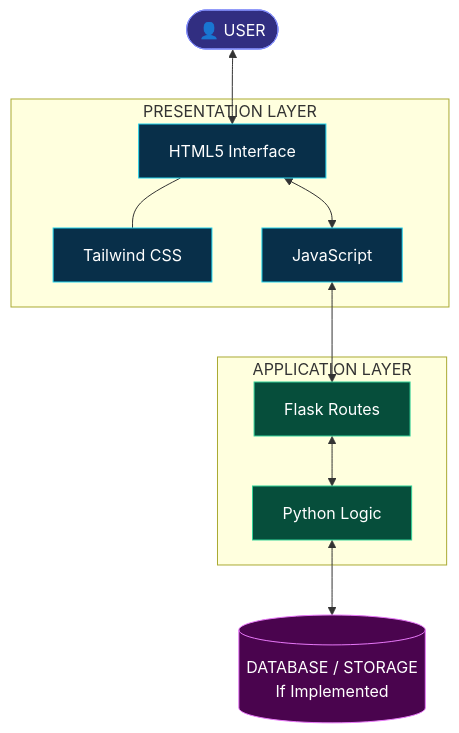
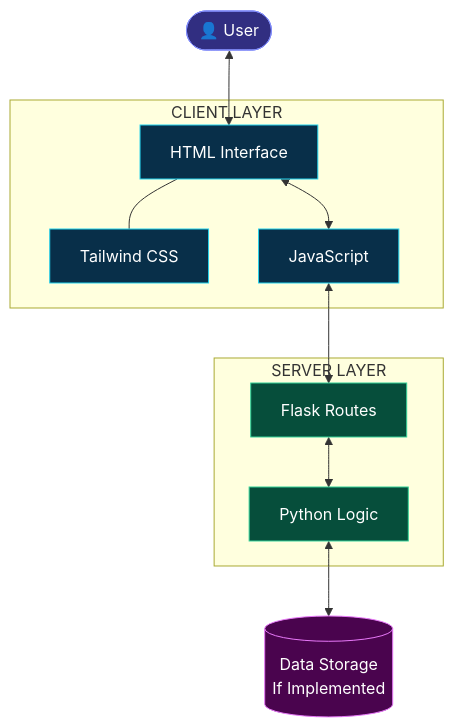
The first of 4 diagrams in README.md (maahii-in/first-pratice-2021), drawn with Mermaid before and after one commit. The commit also changed other lines of this file, not shown here.

````diff
--- a/README.md
+++ b/README.md
@@ -270,31 +319,34 @@
 ```mermaid
 flowchart TB
-    USER(["👤 USER"])
-    subgraph FRONTEND["PRESENTATION LAYER"]
-        UI["HTML5 Interface"]
-        STYLE["Tailwind CSS"]
+    U(["👤 User"])
+    
+    subgraph CLIENT["CLIENT LAYER"]
+        UI["HTML Interface"]
+        CSS["Tailwind CSS"]
         JS["JavaScript"]
     end
-    subgraph BACKEND["APPLICATION LAYER"]
-        ROUTE["Flask Routes"]
+    
+    subgraph SERVER["SERVER LAYER"]
+        ROUTES["Flask Routes"]
         LOGIC["Python Logic"]
     end
-    DATA[("DATABASE / STORAGE<br/>If Implemented")]
+    
+    DB[("Data Storage<br/>If Implemented")]
 
-    USER <--> UI
-    UI --- STYLE
+    U <--> UI
+    UI --- CSS
     UI <--> JS
-    JS <--> ROUTE
-    ROUTE <--> LOGIC
-    LOGIC <--> DATA
+    JS <--> ROUTES
+    ROUTES <--> LOGIC
+    LOGIC <--> DB
 
-    classDef user fill:#312e81,stroke:#818cf8,color:#ffffff
-    classDef front fill:#082f49,stroke:#22d3ee,color:#ffffff
-    classDef back fill:#064e3b,stroke:#34d399,color:#ffffff
-    classDef database fill:#4a044e,stroke:#e879f9,color:#ffffff
+    classDef user fill:#312E81,stroke:#818CF8,color:#FFFFFF
+    classDef client fill:#082F49,stroke:#22D3EE,color:#FFFFFF
+    classDef server fill:#064E3B,stroke:#34D399,color:#FFFFFF
+    classDef data fill:#4A044E,stroke:#E879F9,color:#FFFFFF
 
-    class USER user
-    class UI,STYLE,JS front
-    class ROUTE,LOGIC back
-    class DATA database
+    class U user
+    class UI,CSS,JS client
+    class ROUTES,LOGIC server
+    class DB data
 ```
````
